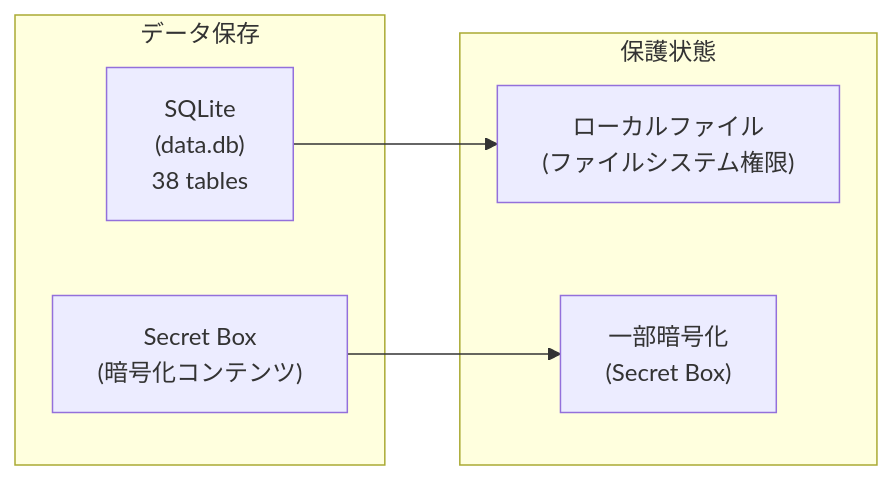
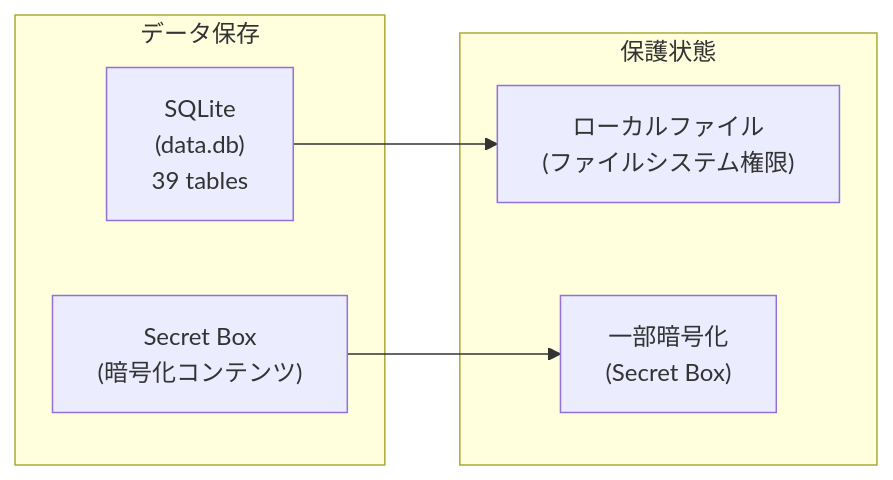
One commit to tamai-hideyuki/brain-cabinet changed the sixth of 7 diagrams in docs/security-diagram.md. Above: the diagram before and after it, drawn with Mermaid. The commit also changed other lines of this file and 7 other files, not shown here.

````diff
--- a/docs/security-diagram.md
+++ b/docs/security-diagram.md
@@ -271,15 +273,15 @@
 ```mermaid
 flowchart LR
     subgraph Storage["データ保存"]
-        DB["SQLite\n(data.db)\n38 tables"]
+        DB["SQLite\n(data.db)\n39 tables"]
         SecretBox["Secret Box\n(暗号化コンテンツ)"]
     end
 
     subgraph Protection["保護状態"]
         Local["ローカルファイル\n(ファイルシステム権限)"]
         Encrypt["一部暗号化\n(Secret Box)"]
     end
 
     DB --> Local
     SecretBox --> Encrypt
 ```
````
